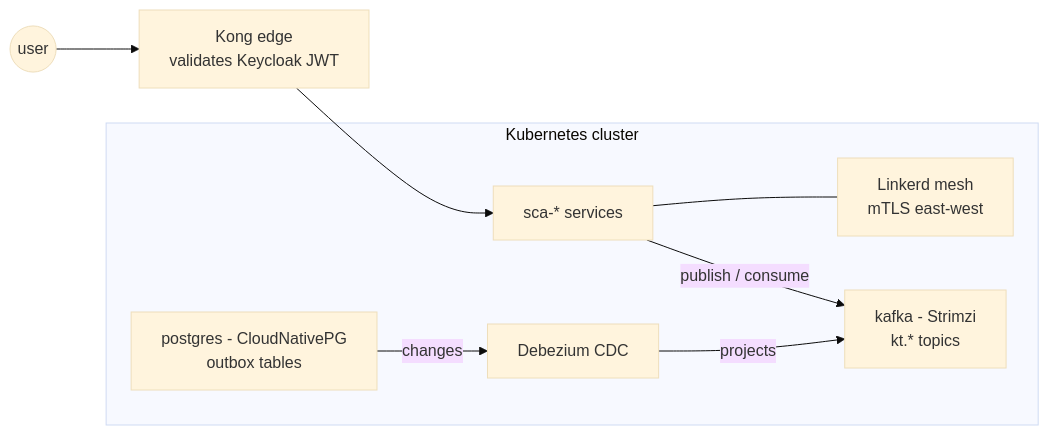
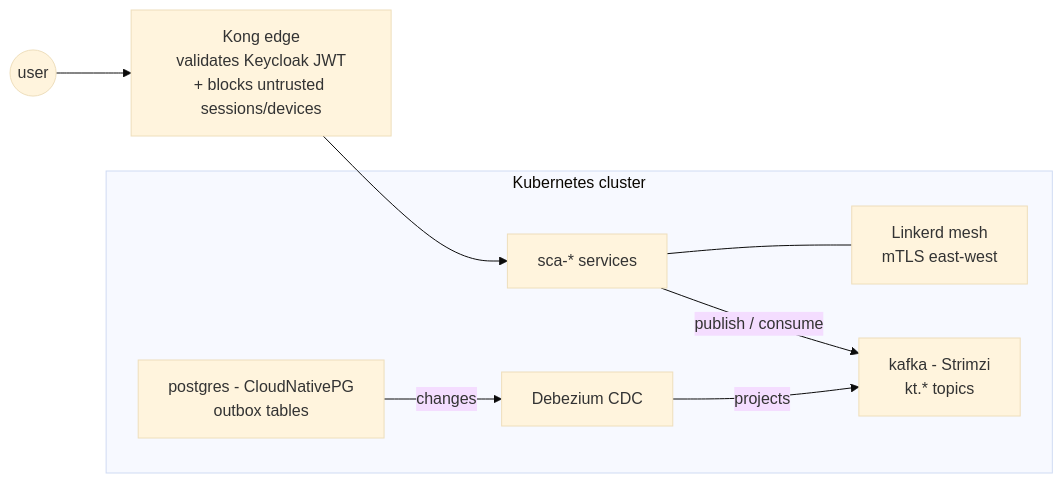
One commit to sca-templates/sca-docs changed the second of 2 diagrams in 03-connections-map/connection-map.md. Above: the diagram before and after it, drawn with Mermaid (base theme). The commit also changed other lines of this file and 31 other files, not shown here.

````diff
--- a/03-connections-map/connection-map.md
+++ b/03-connections-map/connection-map.md
@@ -62,15 +65,15 @@
 ```mermaid
 flowchart LR
-    USER((user)) --> EDGE[Kong edge<br>validates Keycloak JWT]
+    USER((user)) --> EDGE[Kong edge<br>validates Keycloak JWT<br>+ blocks untrusted sessions/devices]
     subgraph CLUSTER["Kubernetes cluster"]
         SVC["sca-* services"]
         MESH["Linkerd mesh<br>mTLS east-west"]
         K["kafka - Strimzi<br>kt.* topics"]
         PG["postgres - CloudNativePG<br>outbox tables"]
         DBC["Debezium CDC"]
     end
     EDGE --> SVC
     SVC --- MESH
     SVC -- "publish / consume" --> K
     PG -- "changes" --> DBC -- "projects" --> K
 ```
````
